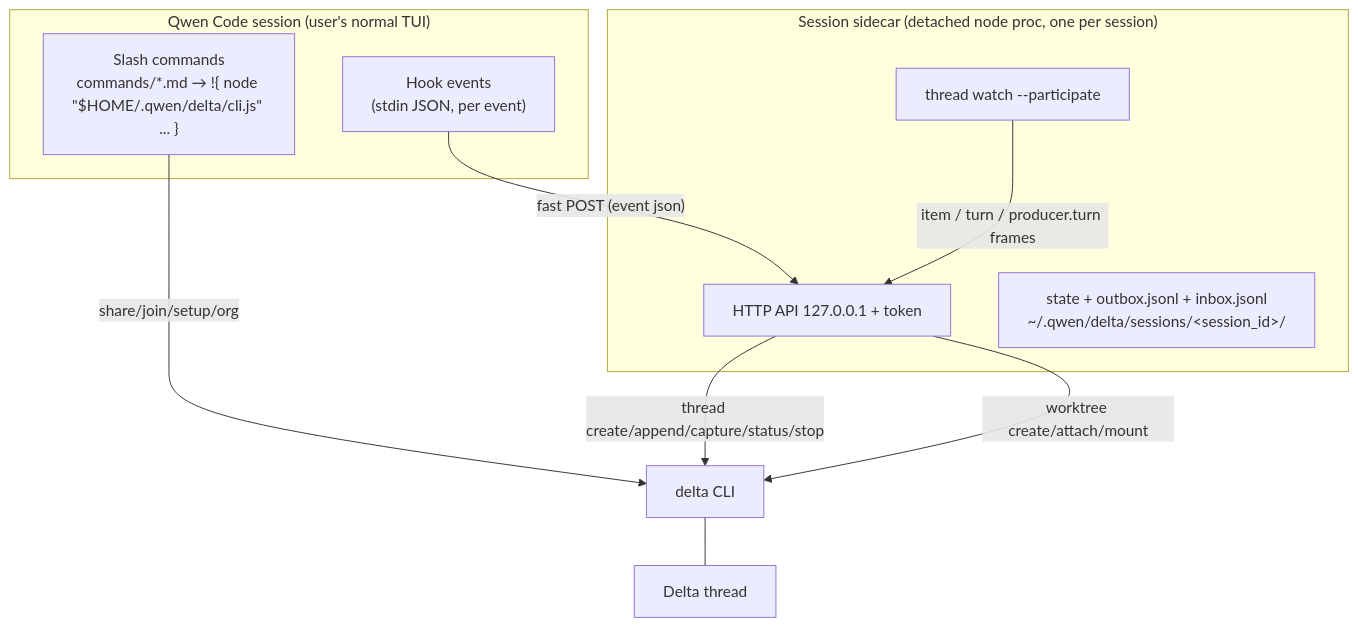
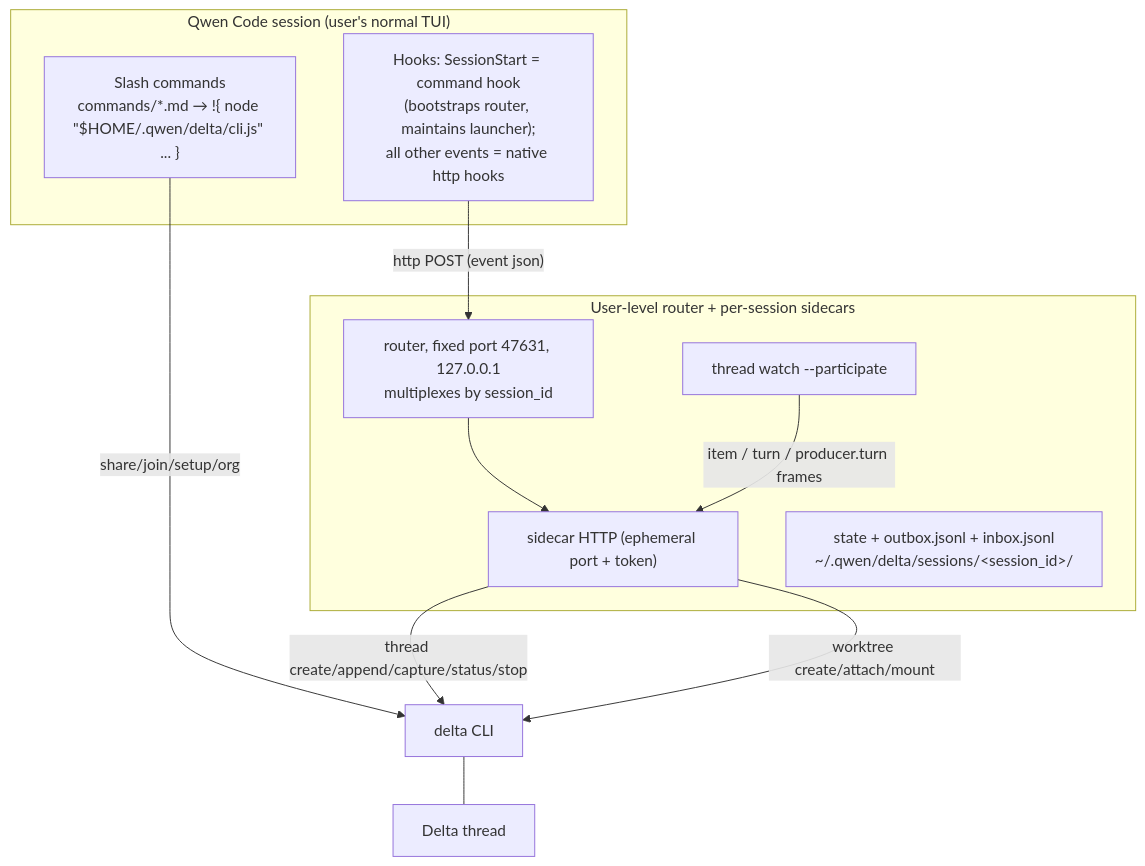
Before and after one commit to nam20485/delta-code-agents: the diagram in PLAN.md, drawn with Mermaid. The commit also changed other lines of this file and 1 other file, not shown here.

Commit message:
record m1 assertion results and router switch in plan

````diff
--- a/PLAN.md
+++ b/PLAN.md
@@ -19,20 +19,22 @@
 ```mermaid
 flowchart TB
   subgraph QwenCode["Qwen Code session (user's normal TUI)"]
-    H["Hook events<br/>(stdin JSON, per event)"]
+    H["Hooks: SessionStart = command hook<br/>(bootstraps router, maintains launcher);<br/>all other events = native http hooks"]
     C["Slash commands<br/>commands/*.md → !{ node #quot;$HOME/.qwen/delta/cli.js#quot; ... }"]
   end
-  subgraph Sidecar["Session sidecar (detached node proc, one per session)"]
-    S1["HTTP API 127.0.0.1 + token"]
+  subgraph Daemon["User-level router + per-session sidecars"]
+    R["router, fixed port 47631, 127.0.0.1<br/>multiplexes by session_id"]
+    S1["sidecar HTTP (ephemeral port + token)"]
     ST["state + outbox.jsonl + inbox.jsonl<br/>~/.qwen/delta/sessions/&lt;session_id&gt;/"]
     W["thread watch --participate"]
   end
   D["delta CLI"]
   T["Delta thread"]
-  H --"fast POST (event json)"--> S1
+  H --"http POST (event json)"--> R
   C --"share/join/setup/org"--> D
+  R --> S1
   S1 --"thread create/append/capture/status/stop"--> D
   S1 --"worktree create/attach/mount"--> D
   W --"item / turn / producer.turn frames"--> S1
   D --- T
 ```
````
